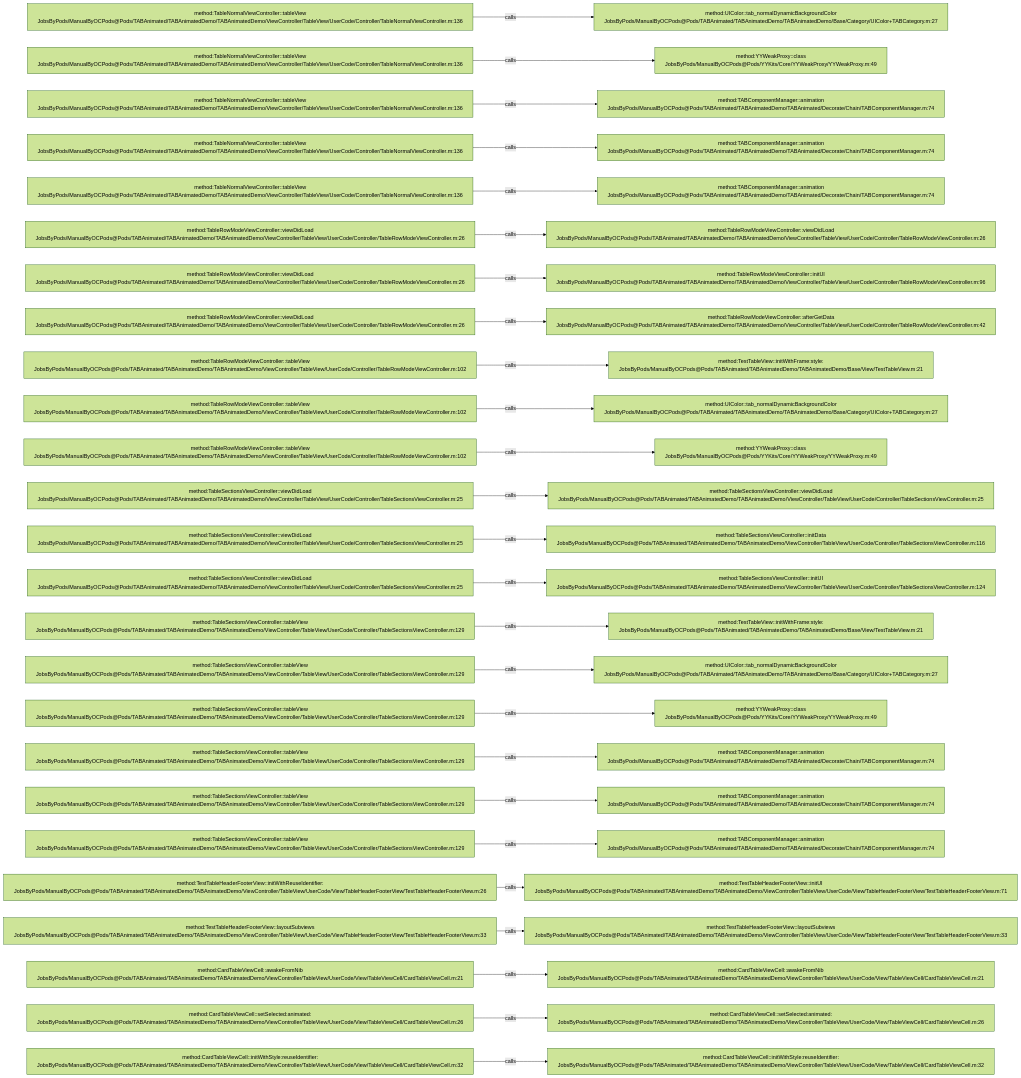
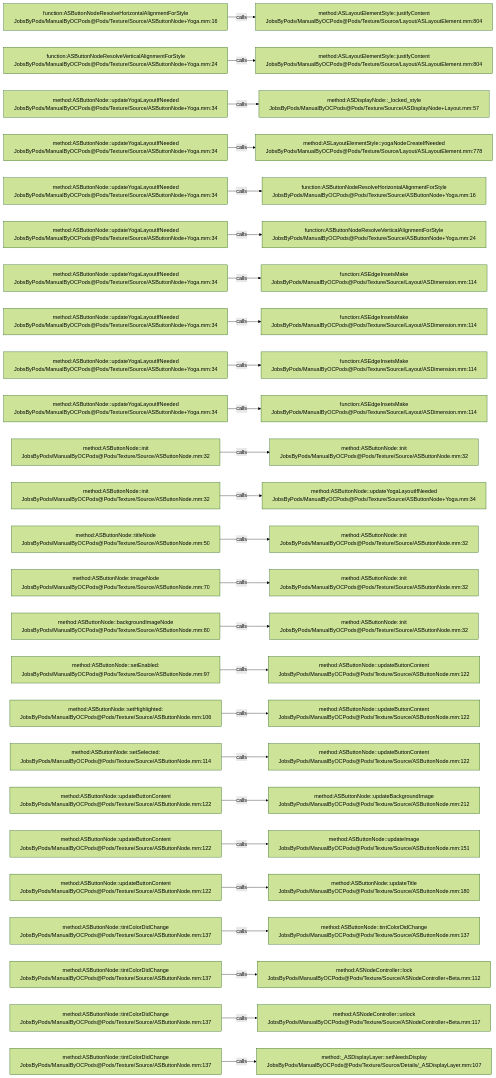
Before and after one commit to JobsKits/JobsOCBaseConfigDemo: the diagram in .codegraph/codegraph.md/graphs/calls-063.md, drawn with Mermaid (forest theme). The commit also changed 1448 other files, not shown here.

````diff
--- a/.codegraph/codegraph.md/graphs/calls-063.md
+++ b/.codegraph/codegraph.md/graphs/calls-063.md
@@ -13,78 +13,78 @@
 ```mermaid
 flowchart LR
-  S1["method:TableNormalViewController::tableView<br/>JobsByPods/ManualByOCPods@Pods/TABAnimated/TABAnimatedDemo/TABAnimatedDemo/ViewController/TableView/UserCode/Controller/TableNormalViewController.m:136"]
-  T1["method:UIColor::tab_normalDynamicBackgroundColor<br/>JobsByPods/ManualByOCPods@Pods/TABAnimated/TABAnimatedDemo/TABAnimatedDemo/Base/Category/UIColor+TABCategory.m:27"]
+  S1["function:ASButtonNodeResolveHorizontalAlignmentForStyle<br/>JobsByPods/ManualByOCPods@Pods/Texture/Source/ASButtonNode+Yoga.mm:16"]
+  T1["method:ASLayoutElementStyle::justifyContent<br/>JobsByPods/ManualByOCPods@Pods/Texture/Source/Layout/ASLayoutElement.mm:804"]
   S1 -->|calls| T1
-  S2["method:TableNormalViewController::tableView<br/>JobsByPods/ManualByOCPods@Pods/TABAnimated/TABAnimatedDemo/TABAnimatedDemo/ViewController/TableView/UserCode/Controller/TableNormalViewController.m:136"]
-  T2["method:YYWeakProxy::class<br/>JobsByPods/ManualByOCPods@Pods/YYKits/Core/YYWeakProxy/YYWeakProxy.m:49"]
+  S2["function:ASButtonNodeResolveVerticalAlignmentForStyle<br/>JobsByPods/ManualByOCPods@Pods/Texture/Source/ASButtonNode+Yoga.mm:24"]
+  T2["method:ASLayoutElementStyle::justifyContent<br/>JobsByPods/ManualByOCPods@Pods/Texture/Source/Layout/ASLayoutElement.mm:804"]
   S2 -->|calls| T2
-  S3["method:TableNormalViewController::tableView<br/>JobsByPods/ManualByOCPods@Pods/TABAnimated/TABAnimatedDemo/TABAnimatedDemo/ViewController/TableView/UserCode/Controller/TableNormalViewController.m:136"]
-  T3["method:TABComponentManager::animation<br/>JobsByPods/ManualByOCPods@Pods/TABAnimated/TABAnimatedDemo/TABAnimated/Decorate/Chain/TABComponentManager.m:74"]
+  S3["method:ASButtonNode::updateYogaLayoutIfNeeded<br/>JobsByPods/ManualByOCPods@Pods/Texture/Source/ASButtonNode+Yoga.mm:34"]
+  T3["method:ASDisplayNode::_locked_style<br/>JobsByPods/ManualByOCPods@Pods/Texture/Source/ASDisplayNode+Layout.mm:57"]
   S3 -->|calls| T3
-  S4["method:TableNormalViewController::tableView<br/>JobsByPods/ManualByOCPods@Pods/TABAnimated/TABAnimatedDemo/TABAnimatedDemo/ViewController/TableView/UserCode/Controller/TableNormalViewController.m:136"]
-  T4["method:TABComponentManager::animation<br/>JobsByPods/ManualByOCPods@Pods/TABAnimated/TABAnimatedDemo/TABAnimated/Decorate/Chain/TABComponentManager.m:74"]
+  S4["method:ASButtonNode::updateYogaLayoutIfNeeded<br/>JobsByPods/ManualByOCPods@Pods/Texture/Source/ASButtonNode+Yoga.mm:34"]
+  T4["method:ASLayoutElementStyle::yogaNodeCreateIfNeeded<br/>JobsByPods/ManualByOCPods@Pods/Texture/Source/Layout/ASLayoutElement.mm:778"]
   S4 -->|calls| T4
-  S5["method:TableNormalViewController::tableView<br/>JobsByPods/ManualByOCPods@Pods/TABAnimated/TABAnimatedDemo/TABAnimatedDemo/ViewController/TableView/UserCode/Controller/TableNormalViewController.m:136"]
-  T5["method:TABComponentManager::animation<br/>JobsByPods/ManualByOCPods@Pods/TABAnimated/TABAnimatedDemo/TABAnimated/Decorate/Chain/TABComponentManager.m:74"]
+  S5["method:ASButtonNode::updateYogaLayoutIfNeeded<br/>JobsByPods/ManualByOCPods@Pods/Texture/Source/ASButtonNode+Yoga.mm:34"]
+  T5["function:ASButtonNodeResolveHorizontalAlignmentForStyle<br/>JobsByPods/ManualByOCPods@Pods/Texture/Source/ASButtonNode+Yoga.mm:16"]
   S5 -->|calls| T5
-  S6["method:TableRowModeViewController::viewDidLoad<br/>JobsByPods/ManualByOCPods@Pods/TABAnimated/TABAnimatedDemo/TABAnimatedDemo/ViewController/TableView/UserCode/Controller/TableRowModeViewController.m:26"]
-  T6["method:TableRowModeViewController::viewDidLoad<br/>JobsByPods/ManualByOCPods@Pods/TABAnimated/TABAnimatedDemo/TABAnimatedDemo/ViewController/TableView/UserCode/Controller/TableRowModeViewController.m:26"]
+  S6["method:ASButtonNode::updateYogaLayoutIfNeeded<br/>JobsByPods/ManualByOCPods@Pods/Texture/Source/ASButtonNode+Yoga.mm:34"]
+  T6["function:ASButtonNodeResolveVerticalAlignmentForStyle<br/>JobsByPods/ManualByOCPods@Pods/Texture/Source/ASButtonNode+Yoga.mm:24"]
   S6 -->|calls| T6
-  S7["method:TableRowModeViewController::viewDidLoad<br/>JobsByPods/ManualByOCPods@Pods/TABAnimated/TABAnimatedDemo/TABAnimatedDemo/ViewController/TableView/UserCode/Controller/TableRowModeViewController.m:26"]
-  T7["method:TableRowModeViewController::initUI<br/>JobsByPods/ManualByOCPods@Pods/TABAnimated/TABAnimatedDemo/TABAnimatedDemo/ViewController/TableView/UserCode/Controller/TableRowModeViewController.m:96"]
+  S7["method:ASButtonNode::updateYogaLayoutIfNeeded<br/>JobsByPods/ManualByOCPods@Pods/Texture/Source/ASButtonNode+Yoga.mm:34"]
+  T7["function:ASEdgeInsetsMake<br/>JobsByPods/ManualByOCPods@Pods/Texture/Source/Layout/ASDimension.mm:114"]
   S7 -->|calls| T7
-  S8["method:TableRowModeViewController::viewDidLoad<br/>JobsByPods/ManualByOCPods@Pods/TABAnimated/TABAnimatedDemo/TABAnimatedDemo/ViewController/TableView/UserCode/Controller/TableRowModeViewController.m:26"]
-  T8["method:TableRowModeViewController::afterGetData<br/>JobsByPods/ManualByOCPods@Pods/TABAnimated/TABAnimatedDemo/TABAnimatedDemo/ViewController/TableView/UserCode/Controller/TableRowModeViewController.m:42"]
+  S8["method:ASButtonNode::updateYogaLayoutIfNeeded<br/>JobsByPods/ManualByOCPods@Pods/Texture/Source/ASButtonNode+Yoga.mm:34"]
+  T8["function:ASEdgeInsetsMake<br/>JobsByPods/ManualByOCPods@Pods/Texture/Source/Layout/ASDimension.mm:114"]
   S8 -->|calls| T8
-  S9["method:TableRowModeViewController::tableView<br/>JobsByPods/ManualByOCPods@Pods/TABAnimated/TABAnimatedDemo/TABAnimatedDemo/ViewController/TableView/UserCode/Controller/TableRowModeViewController.m:102"]
-  T9["method:TestTableView::initWithFrame:style:<br/>JobsByPods/ManualByOCPods@Pods/TABAnimated/TABAnimatedDemo/TABAnimatedDemo/Base/View/TestTableView.m:21"]
+  S9["method:ASButtonNode::updateYogaLayoutIfNeeded<br/>JobsByPods/ManualByOCPods@Pods/Texture/Source/ASButtonNode+Yoga.mm:34"]
+  T9["function:ASEdgeInsetsMake<br/>JobsByPods/ManualByOCPods@Pods/Texture/Source/Layout/ASDimension.mm:114"]
   S9 -->|calls| T9
-  S10["method:TableRowModeViewController::tableView<br/>JobsByPods/ManualByOCPods@Pods/TABAnimated/TABAnimatedDemo/TABAnimatedDemo/ViewController/TableView/UserCode/Controller/TableRowModeViewController.m:102"]
-  T10["method:UIColor::tab_normalDynamicBackgroundColor<br/>JobsByPods/ManualByOCPods@Pods/TABAnimated/TABAnimatedDemo/TABAnimatedDemo/Base/Category/UIColor+TABCategory.m:27"]
+  S10["method:ASButtonNode::updateYogaLayoutIfNeeded<br/>JobsByPods/ManualByOCPods@Pods/Texture/Source/ASButtonNode+Yoga.mm:34"]
+  T10["function:ASEdgeInsetsMake<br/>JobsByPods/ManualByOCPods@Pods/Texture/Source/Layout/ASDimension.mm:114"]
   S10 -->|calls| T10
-  S11["method:TableRowModeViewController::tableView<br/>JobsByPods/ManualByOCPods@Pods/TABAnimated/TABAnimatedDemo/TABAnimatedDemo/ViewController/TableView/UserCode/Controller/TableRowModeViewController.m:102"]
-  T11["method:YYWeakProxy::class<br/>JobsByPods/ManualByOCPods@Pods/YYKits/Core/YYWeakProxy/YYWeakProxy.m:49"]
+  S11["method:ASButtonNode::init<br/>JobsByPods/ManualByOCPods@Pods/Texture/Source/ASButtonNode.mm:32"]
+  T11["method:ASButtonNode::init<br/>JobsByPods/ManualByOCPods@Pods/Texture/Source/ASButtonNode.mm:32"]
   S11 -->|calls| T11
-  S12["method:TableSectionsViewController::viewDidLoad<br/>JobsByPods/ManualByOCPods@Pods/TABAnimated/TABAnimatedDemo/TABAnimatedDemo/ViewController/TableView/UserCode/Controller/TableSectionsViewController.m:25"]
-  T12["method:TableSectionsViewController::viewDidLoad<br/>JobsByPods/ManualByOCPods@Pods/TABAnimated/TABAnimatedDemo/TABAnimatedDemo/ViewController/TableView/UserCode/Controller/TableSectionsViewController.m:25"]
+  S12["method:ASButtonNode::init<br/>JobsByPods/ManualByOCPods@Pods/Texture/Source/ASButtonNode.mm:32"]
+  T12["method:ASButtonNode::updateYogaLayoutIfNeeded<br/>JobsByPods/ManualByOCPods@Pods/Texture/Source/ASButtonNode+Yoga.mm:34"]
   S12 -->|calls| T12
-  S13["method:TableSectionsViewController::viewDidLoad<br/>JobsByPods/ManualByOCPods@Pods/TABAnimated/TABAnimatedDemo/TABAnimatedDemo/ViewController/TableView/UserCode/Controller/TableSectionsViewController.m:25"]
-  T13["method:TableSectionsViewController::initData<br/>JobsByPods/ManualByOCPods@Pods/TABAnimated/TABAnimatedDemo/TABAnimatedDemo/ViewController/TableView/UserCode/Controller/TableSectionsViewController.m:116"]
+  S13["method:ASButtonNode::titleNode<br/>JobsByPods/ManualByOCPods@Pods/Texture/Source/ASButtonNode.mm:50"]
+  T13["method:ASButtonNode::init<br/>JobsByPods/ManualByOCPods@Pods/Texture/Source/ASButtonNode.mm:32"]
   S13 -->|calls| T13
-  S14["method:TableSectionsViewController::viewDidLoad<br/>JobsByPods/ManualByOCPods@Pods/TABAnimated/TABAnimatedDemo/TABAnimatedDemo/ViewController/TableView/UserCode/Controller/TableSectionsViewController.m:25"]
-  T14["method:TableSectionsViewController::initUI<br/>JobsByPods/ManualByOCPods@Pods/TABAnimated/TABAnimatedDemo/TABAnimatedDemo/ViewController/TableView/UserCode/Controller/TableSectionsViewController.m:124"]
+  S14["method:ASButtonNode::imageNode<br/>JobsByPods/ManualByOCPods@Pods/Texture/Source/ASButtonNode.mm:70"]
+  T14["method:ASButtonNode::init<br/>JobsByPods/ManualByOCPods@Pods/Texture/Source/ASButtonNode.mm:32"]
   S14 -->|calls| T14
-  S15["method:TableSectionsViewController::tableView<br/>JobsByPods/ManualByOCPods@Pods/TABAnimated/TABAnimatedDemo/TABAnimatedDemo/ViewController/TableView/UserCode/Controller/TableSectionsViewController.m:129"]
-  T15["method:TestTableView::initWithFrame:style:<br/>JobsByPods/ManualByOCPods@Pods/TABAnimated/TABAnimatedDemo/TABAnimatedDemo/Base/View/TestTableView.m:21"]
+  S15["method:ASButtonNode::backgroundImageNode<br/>JobsByPods/ManualByOCPods@Pods/Texture/Source/ASButtonNode.mm:80"]
+  T15["method:ASButtonNode::init<br/>JobsByPods/ManualByOCPods@Pods/Texture/Source/ASButtonNode.mm:32"]
   S15 -->|calls| T15
-  S16["method:TableSectionsViewController::tableView<br/>JobsByPods/ManualByOCPods@Pods/TABAnimated/TABAnimatedDemo/TABAnimatedDemo/ViewController/TableView/UserCode/Controller/TableSectionsViewController.m:129"]
-  T16["method:UIColor::tab_normalDynamicBackgroundColor<br/>JobsByPods/ManualByOCPods@Pods/TABAnimated/TABAnimatedDemo/TABAnimatedDemo/Base/Category/UIColor+TABCategory.m:27"]
+  S16["method:ASButtonNode::setEnabled:<br/>JobsByPods/ManualByOCPods@Pods/Texture/Source/ASButtonNode.mm:97"]
+  T16["method:ASButtonNode::updateButtonContent<br/>JobsByPods/ManualByOCPods@Pods/Texture/Source/ASButtonNode.mm:122"]
   S16 -->|calls| T16
-  S17["method:TableSectionsViewController::tableView<br/>JobsByPods/ManualByOCPods@Pods/TABAnimated/TABAnimatedDemo/TABAnimatedDemo/ViewController/TableView/UserCode/Controller/TableSectionsViewController.m:129"]
-  T17["method:YYWeakProxy::class<br/>JobsByPods/ManualByOCPods@Pods/YYKits/Core/YYWeakProxy/YYWeakProxy.m:49"]
+  S17["method:ASButtonNode::setHighlighted:<br/>JobsByPods/ManualByOCPods@Pods/Texture/Source/ASButtonNode.mm:106"]
+  T17["method:ASButtonNode::updateButtonContent<br/>JobsByPods/ManualByOCPods@Pods/Texture/Source/ASButtonNode.mm:122"]
   S17 -->|calls| T17
-  S18["method:TableSectionsViewController::tableView<br/>JobsByPods/ManualByOCPods@Pods/TABAnimated/TABAnimatedDemo/TABAnimatedDemo/ViewController/TableView/UserCode/Controller/TableSectionsViewController.m:129"]
-  T18["method:TABComponentManager::animation<br/>JobsByPods/ManualByOCPods@Pods/TABAnimated/TABAnimatedDemo/TABAnimated/Decorate/Chain/TABComponentManager.m:74"]
+  S18["method:ASButtonNode::setSelected:<br/>JobsByPods/ManualByOCPods@Pods/Texture/Source/ASButtonNode.mm:114"]
+  T18["method:ASButtonNode::updateButtonContent<br/>JobsByPods/ManualByOCPods@Pods/Texture/Source/ASButtonNode.mm:122"]
   S18 -->|calls| T18
-  S19["method:TableSectionsViewController::tableView<br/>JobsByPods/ManualByOCPods@Pods/TABAnimated/TABAnimatedDemo/TABAnimatedDemo/ViewController/TableView/UserCode/Controller/TableSectionsViewController.m:129"]
-  T19["method:TABComponentManager::animation<br/>JobsByPods/ManualByOCPods@Pods/TABAnimated/TABAnimatedDemo/TABAnimated/Decorate/Chain/TABComponentManager.m:74"]
+  S19["method:ASButtonNode::updateButtonContent<br/>JobsByPods/ManualByOCPods@Pods/Texture/Source/ASButtonNode.mm:122"]
+  T19["method:ASButtonNode::updateBackgroundImage<br/>JobsByPods/ManualByOCPods@Pods/Texture/Source/ASButtonNode.mm:212"]
   S19 -->|calls| T19
-  S20["method:TableSectionsViewController::tableView<br/>JobsByPods/ManualByOCPods@Pods/TABAnimated/TABAnimatedDemo/TABAnimatedDemo/ViewController/TableView/UserCode/Controller/TableSectionsViewController.m:129"]
-  T20["method:TABComponentManager::animation<br/>JobsByPods/ManualByOCPods@Pods/TABAnimated/TABAnimatedDemo/TABAnimated/Decorate/Chain/TABComponentManager.m:74"]
+  S20["method:ASButtonNode::updateButtonContent<br/>JobsByPods/ManualByOCPods@Pods/Texture/Source/ASButtonNode.mm:122"]
+  T20["method:ASButtonNode::updateImage<br/>JobsByPods/ManualByOCPods@Pods/Texture/Source/ASButtonNode.mm:151"]
   S20 -->|calls| T20
-  S21["method:TestTableHeaderFooterView::initWithReuseIdentifier:<br/>JobsByPods/ManualByOCPods@Pods/TABAnimated/TABAnimatedDemo/TABAnimatedDemo/ViewController/TableView/UserCode/View/TableHeaderFooterView/TestTableHeaderFooterView.m:26"]
-  T21["method:TestTableHeaderFooterView::initUI<br/>JobsByPods/ManualByOCPods@Pods/TABAnimated/TABAnimatedDemo/TABAnimatedDemo/ViewController/TableView/UserCode/View/TableHeaderFooterView/TestTableHeaderFooterView.m:71"]
+  S21["method:ASButtonNode::updateButtonContent<br/>JobsByPods/ManualByOCPods@Pods/Texture/Source/ASButtonNode.mm:122"]
+  T21["method:ASButtonNode::updateTitle<br/>JobsByPods/ManualByOCPods@Pods/Texture/Source/ASButtonNode.mm:180"]
   S21 -->|calls| T21
-  S22["method:TestTableHeaderFooterView::layoutSubviews<br/>JobsByPods/ManualByOCPods@Pods/TABAnimated/TABAnimatedDemo/TABAnimatedDemo/ViewController/TableView/UserCode/View/TableHeaderFooterView/TestTableHeaderFooterView.m:33"]
-  T22["method:TestTableHeaderFooterView::layoutSubviews<br/>JobsByPods/ManualByOCPods@Pods/TABAnimated/TABAnimatedDemo/TABAnimatedDemo/ViewController/TableView/UserCode/View/TableHeaderFooterView/TestTableHeaderFooterView.m:33"]
+  S22["method:ASButtonNode::tintColorDidChange<br/>JobsByPods/ManualByOCPods@Pods/Texture/Source/ASButtonNode.mm:137"]
+  T22["method:ASButtonNode::tintColorDidChange<br/>JobsByPods/ManualByOCPods@Pods/Texture/Source/ASButtonNode.mm:137"]
   S22 -->|calls| T22
-  S23["method:CardTableViewCell::awakeFromNib<br/>JobsByPods/ManualByOCPods@Pods/TABAnimated/TABAnimatedDemo/TABAnimatedDemo/ViewController/TableView/UserCode/View/TableViewCell/CardTableViewCell.m:21"]
-  T23["method:CardTableViewCell::awakeFromNib<br/>JobsByPods/ManualByOCPods@Pods/TABAnimated/TABAnimatedDemo/TABAnimatedDemo/ViewController/TableView/UserCode/View/TableViewCell/CardTableViewCell.m:21"]
+  S23["method:ASButtonNode::tintColorDidChange<br/>JobsByPods/ManualByOCPods@Pods/Texture/Source/ASButtonNode.mm:137"]
+  T23["method:ASNodeController::lock<br/>JobsByPods/ManualByOCPods@Pods/Texture/Source/ASNodeController+Beta.mm:112"]
   S23 -->|calls| T23
-  S24["method:CardTableViewCell::setSelected:animated:<br/>JobsByPods/ManualByOCPods@Pods/TABAnimated/TABAnimatedDemo/TABAnimatedDemo/ViewController/TableView/UserCode/View/TableViewCell/CardTableViewCell.m:26"]
-  T24["method:CardTableViewCell::setSelected:animated:<br/>JobsByPods/ManualByOCPods@Pods/TABAnimated/TABAnimatedDemo/TABAnimatedDemo/ViewController/TableView/UserCode/View/TableViewCell/CardTableViewCell.m:26"]
+  S24["method:ASButtonNode::tintColorDidChange<br/>JobsByPods/ManualByOCPods@Pods/Texture/Source/ASButtonNode.mm:137"]
+  T24["method:ASNodeController::unlock<br/>JobsByPods/ManualByOCPods@Pods/Texture/Source/ASNodeController+Beta.mm:117"]
   S24 -->|calls| T24
-  S25["method:CardTableViewCell::initWithStyle:reuseIdentifier:<br/>JobsByPods/ManualByOCPods@Pods/TABAnimated/TABAnimatedDemo/TABAnimatedDemo/ViewController/TableView/UserCode/View/TableViewCell/CardTableViewCell.m:32"]
-  T25["method:CardTableViewCell::initWithStyle:reuseIdentifier:<br/>JobsByPods/ManualByOCPods@Pods/TABAnimated/TABAnimatedDemo/TABAnimatedDemo/ViewController/TableView/UserCode/View/TableViewCell/CardTableViewCell.m:32"]
+  S25["method:ASButtonNode::tintColorDidChange<br/>JobsByPods/ManualByOCPods@Pods/Texture/Source/ASButtonNode.mm:137"]
+  T25["method:_ASDisplayLayer::setNeedsDisplay<br/>JobsByPods/ManualByOCPods@Pods/Texture/Source/Details/_ASDisplayLayer.mm:107"]
   S25 -->|calls| T25
 ```
````
